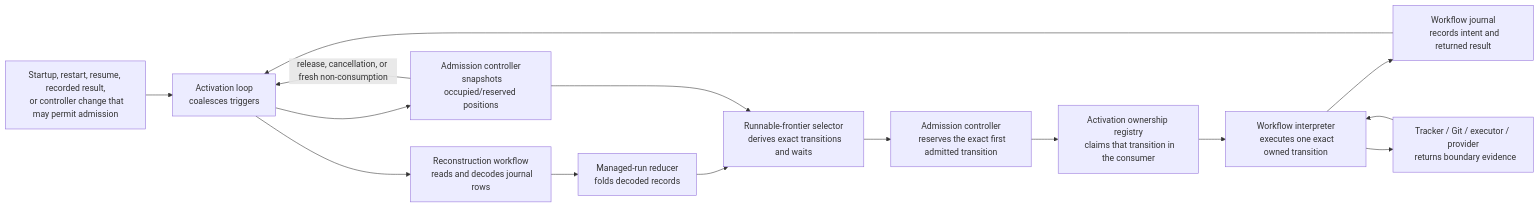
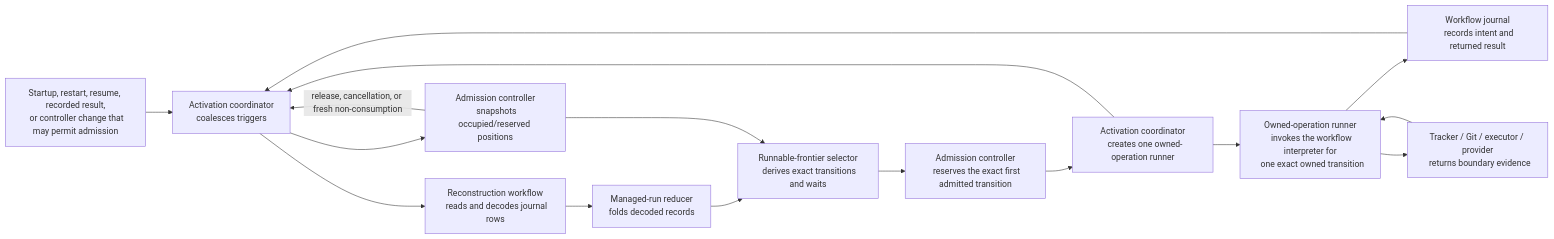
The diagram in research/issue-132-activation-ownership-decision.md (dearlordylord/dalph), drawn with Mermaid before and after one commit. The commit also changed other lines of this file and 7 other files, not shown here.

Commit message:
docs: resolve activation ownership wayfinding (#151)

````diff
--- a/research/issue-132-activation-ownership-decision.md
+++ b/research/issue-132-activation-ownership-decision.md
@@ -25,40 +77,42 @@
 ```mermaid
 flowchart LR
   T["Startup, restart, resume, recorded result,
   or controller change that may permit admission"]
-  L["Activation loop
+  L["Activation coordinator
   coalesces triggers"]
   R["Reconstruction workflow
   reads and decodes journal rows"]
   M["Managed-run reducer
   folds decoded records"]
   C["Admission controller
   snapshots occupied/reserved positions"]
   S["Runnable-frontier selector
   derives exact transitions and waits"]
   A["Admission controller
   reserves the exact first admitted transition"]
-  O["Activation ownership registry
-  claims that transition in the consumer"]
-  I["Workflow interpreter
-  executes one exact owned transition"]
+  O["Activation coordinator
+  creates one owned-operation runner"]
+  I["Owned-operation runner
+  invokes the workflow interpreter for
+  one exact owned transition"]
   J["Workflow journal
   records intent and returned result"]
   E["Tracker / Git / executor / provider
   returns boundary evidence"]
 
   T --> L
   L --> R
   L --> C
   R --> M
   M --> S
   C --> S
   S --> A
   A --> O
   O --> I
+  O --> L
   I --> J
   I --> E
   E --> I
   J --> L
   C -->|"release, cancellation, or fresh non-consumption"| L
 ```
````
